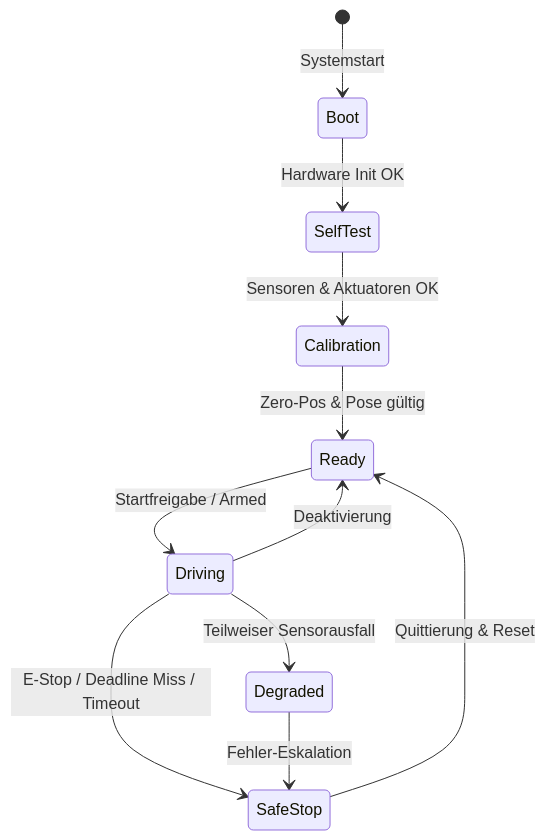
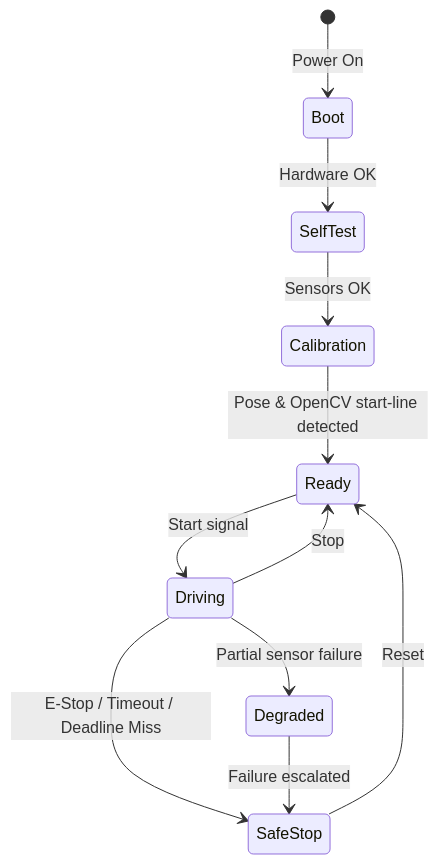
One commit to Bigfire3/wro-fe-rl-simulation changed the second of 3 diagrams in docs/embedded_system/embedded_concept.md. Above: the diagram before and after it, drawn with Mermaid. The commit also changed other lines of this file, not shown here.

Commit message:
docs: add embedded system architecture and conceptual design specification for autonomous racing robot

````diff
--- a/docs/embedded_system/embedded_concept.md
+++ b/docs/embedded_system/embedded_concept.md
@@ -190,13 +177,13 @@
 ```mermaid @mermaid
 stateDiagram-v2
-    [*] --> Boot: Systemstart
-    Boot --> SelfTest: Hardware Init OK
-    SelfTest --> Calibration: Sensoren & Aktuatoren OK
-    Calibration --> Ready: Zero-Pos & Pose gültig
-    Ready --> Driving: Startfreigabe / Armed
-    Driving --> Ready: Deaktivierung
-    Driving --> Degraded: Teilweiser Sensorausfall
-    Driving --> SafeStop: E-Stop / Deadline Miss / Timeout
-    Degraded --> SafeStop: Fehler-Eskalation
-    SafeStop --> Ready: Quittierung & Reset
+    [*] --> Boot: Power On
+    Boot --> SelfTest: Hardware OK
+    SelfTest --> Calibration: Sensors OK
+    Calibration --> Ready: Pose & OpenCV start-line detected
+    Ready --> Driving: Start signal
+    Driving --> Ready: Stop
+    Driving --> Degraded: Partial sensor failure
+    Driving --> SafeStop: E-Stop / Timeout / Deadline Miss
+    Degraded --> SafeStop: Failure escalated
+    SafeStop --> Ready: Reset
 ```
````
